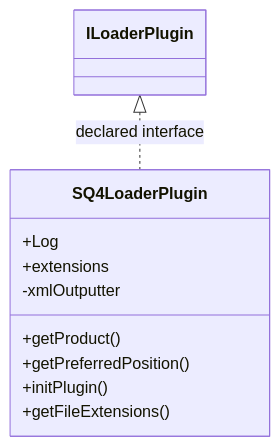
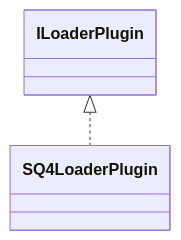
One commit to haruperi/HaruQuantAI changed the diagram in docs/sqx/Shared/LoaderSQ4.md. Above: the diagram before and after it, drawn with Mermaid. The commit also changed other lines of this file and 1688 other files, not shown here.

````diff
--- a/docs/sqx/Shared/LoaderSQ4.md
+++ b/docs/sqx/Shared/LoaderSQ4.md
@@ -30,14 +26,6 @@
 ```mermaid
 classDiagram
-    class Cf394dba3547d["SQ4LoaderPlugin"] {
-        +Log
-        +extensions
-        -xmlOutputter
-        +getProduct()
-        +getPreferredPosition()
-        +initPlugin()
-        +getFileExtensions()
-    }
-    class Cdee1d566d0b0["ILoaderPlugin"]
-    Cdee1d566d0b0 <|.. Cf394dba3547d : declared interface
+    class C0["SQ4LoaderPlugin"]
+    class E0["ILoaderPlugin"]
+    E0 <|.. C0
 ```
````
